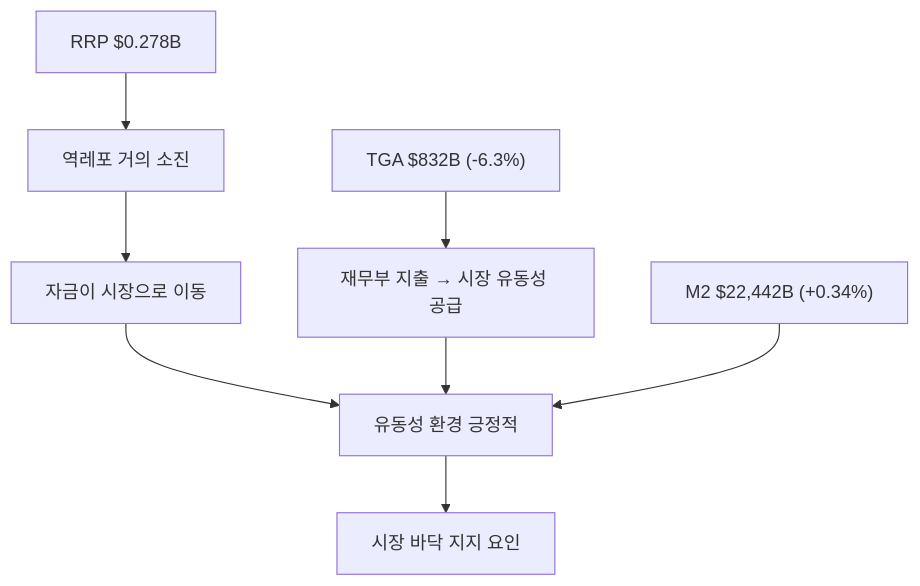
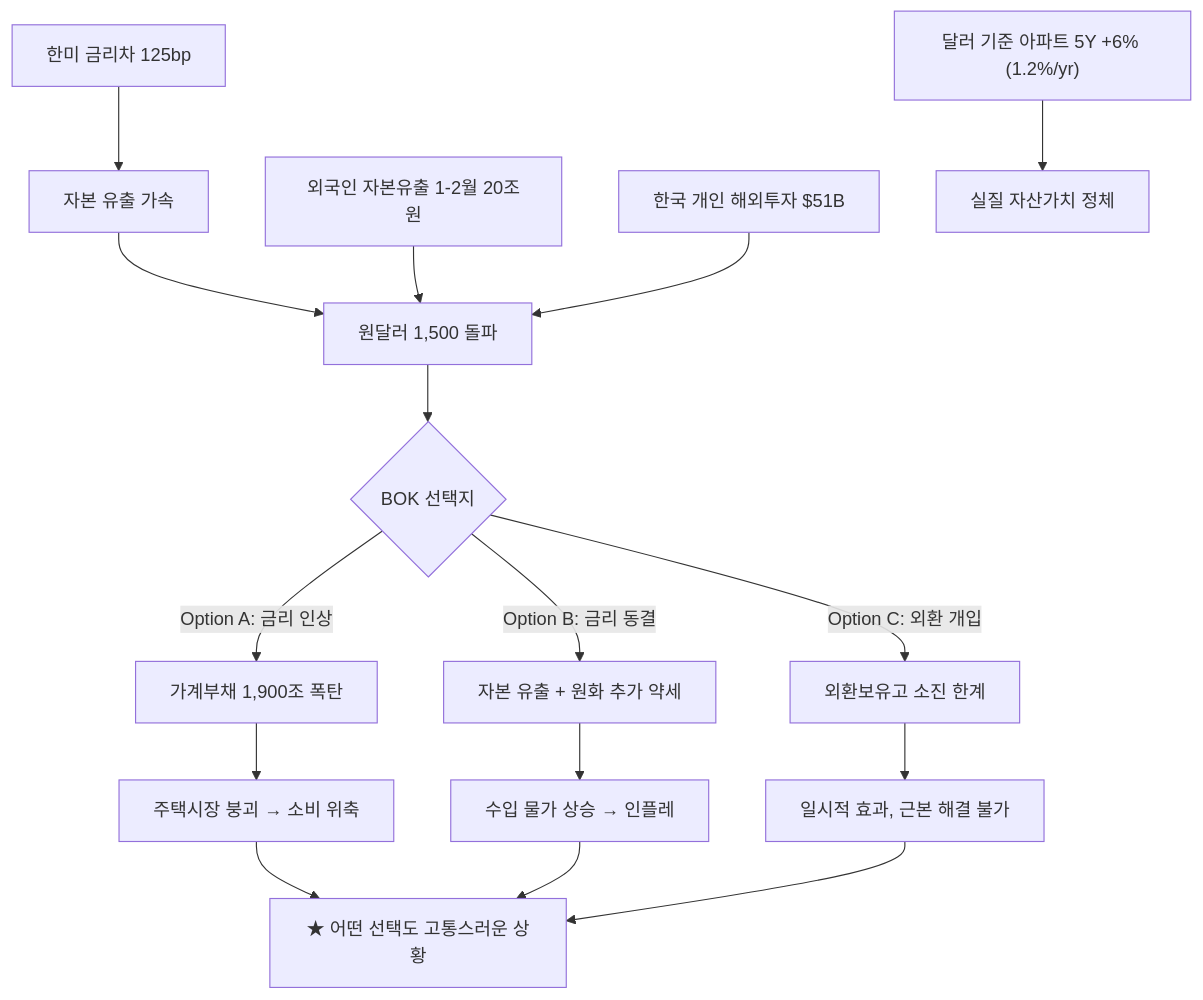
One commit to dss99911/dss99911.github.io changed the fifth of 11 diagrams in _posts/knowledge/invest/2026-01-21-macroeconomic-policy-sector-outlook-2026.md. Above: the diagram before and after it, drawn with Mermaid. The commit also changed other lines of this file and 5 other files, not shown here.

````diff
--- a/_posts/knowledge/invest/2026-01-21-macroeconomic-policy-sector-outlook-2026.md
+++ b/_posts/knowledge/invest/2026-01-21-macroeconomic-policy-sector-outlook-2026.md
@@ -219,10 +195,18 @@
 ```mermaid
 graph TD
-    A["RRP $0.278B"] --> B["역레포 거의 소진"]
-    B --> C["자금이 시장으로 이동"]
-    D["TGA $832B (-6.3%)"] --> E["재무부 지출 → 시장 유동성 공급"]
-    C --> F["유동성 환경 긍정적"]
-    E --> F
-    G["M2 $22,442B (+0.34%)"] --> F
-    F --> H["시장 바닥 지지 요인"]
+    A["한미 금리차 125bp"] --> B["자본 유출 가속"]
+    B --> C["원달러 1,500 돌파"]
+    C --> D{"BOK 선택지"}
+    D -->|"Option A: 금리 인상"| E["가계부채 1,900조 폭탄"]
+    D -->|"Option B: 금리 동결"| F["자본 유출 + 원화 추가 약세"]
+    D -->|"Option C: 외환 개입"| G["외환보유고 소진 한계"]
+    E --> H["주택시장 붕괴 → 소비 위축"]
+    F --> I["수입 물가 상승 → 인플레"]
+    G --> J["일시적 효과, 근본 해결 불가"]
+    H --> K["★ 어떤 선택도 고통스러운 상황"]
+    I --> K
+    J --> K
+    L["외국인 자본유출 1-2월 20조원"] --> C
+    M["한국 개인 해외투자 $51B"] --> C
+    N["달러 기준 아파트 5Y +6% #40;1.2%/yr#41;"] --> O["실질 자산가치 정체"]
 ```
````
